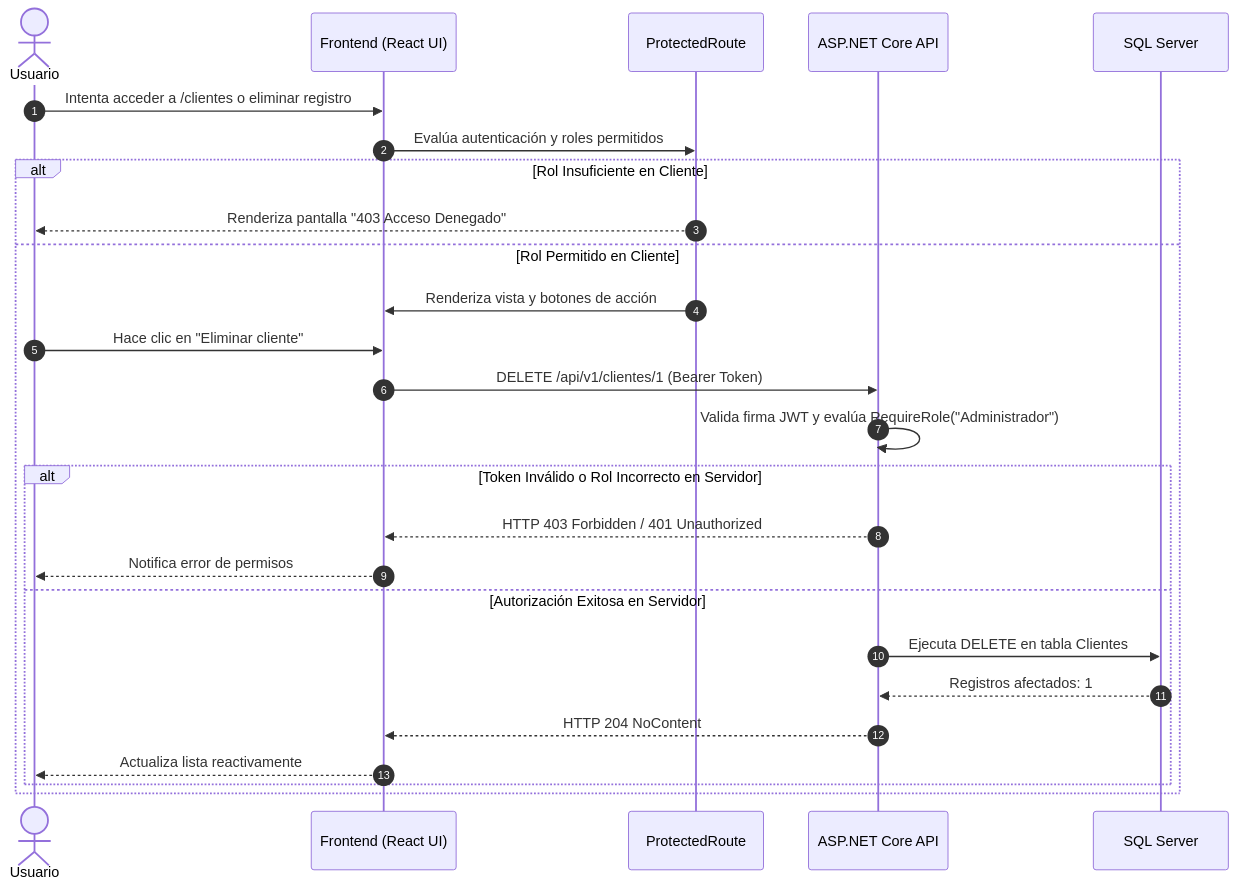
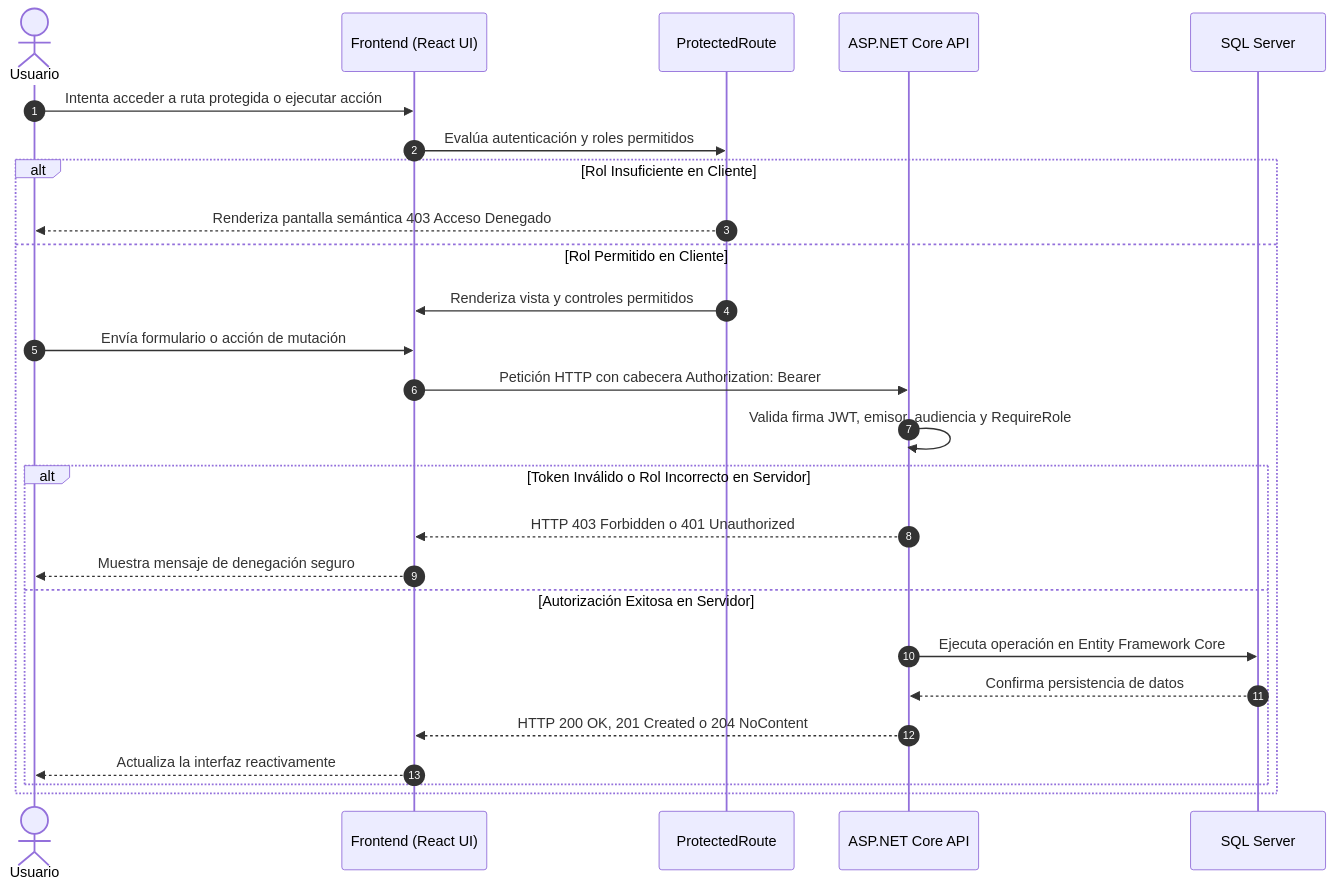
The diagram in INFORME_TECNICO.md (Nachou17/VetCareAPI), drawn with Mermaid before and after one commit. The commit also changed other lines of this file and 53 other files, not shown here.

````diff
--- a/INFORME_TECNICO.md
+++ b/INFORME_TECNICO.md
@@ -58,29 +61,29 @@
 ```mermaid
 sequenceDiagram
     autonumber
     actor Usuario
     participant React as Frontend (React UI)
     participant Guard as ProtectedRoute
     participant Backend as ASP.NET Core API
     participant DB as SQL Server
 
-    Usuario->>React: Intenta acceder a /clientes o eliminar registro
+    Usuario->>React: Intenta acceder a ruta protegida o ejecutar acción
     React->>Guard: Evalúa autenticación y roles permitidos
     alt Rol Insuficiente en Cliente
-        Guard-->>Usuario: Renderiza pantalla "403 Acceso Denegado"
+        Guard-->>Usuario: Renderiza pantalla semántica 403 Acceso Denegado
     else Rol Permitido en Cliente
-        Guard->>React: Renderiza vista y botones de acción
-        Usuario->>React: Hace clic en "Eliminar cliente"
-        React->>Backend: DELETE /api/v1/clientes/1 (Bearer Token)
-        Backend->>Backend: Valida firma JWT y evalúa RequireRole("Administrador")
+        Guard->>React: Renderiza vista y controles permitidos
+        Usuario->>React: Envía formulario o acción de mutación
+        React->>Backend: Petición HTTP con cabecera Authorization: Bearer
+        Backend->>Backend: Valida firma JWT, emisor, audiencia y RequireRole
         alt Token Inválido o Rol Incorrecto en Servidor
-            Backend-->>React: HTTP 403 Forbidden / 401 Unauthorized
-            React-->>Usuario: Notifica error de permisos
+            Backend-->>React: HTTP 403 Forbidden o 401 Unauthorized
+            React-->>Usuario: Muestra mensaje de denegación seguro
         else Autorización Exitosa en Servidor
-            Backend->>DB: Ejecuta DELETE en tabla Clientes
-            DB-->>Backend: Registros afectados: 1
-            Backend-->>React: HTTP 204 NoContent
-            React-->>Usuario: Actualiza lista reactivamente
+            Backend->>DB: Ejecuta operación en Entity Framework Core
+            DB-->>Backend: Confirma persistencia de datos
+            Backend-->>React: HTTP 200 OK, 201 Created o 204 NoContent
+            React-->>Usuario: Actualiza la interfaz reactivamente
         end
     end
 ```
````
